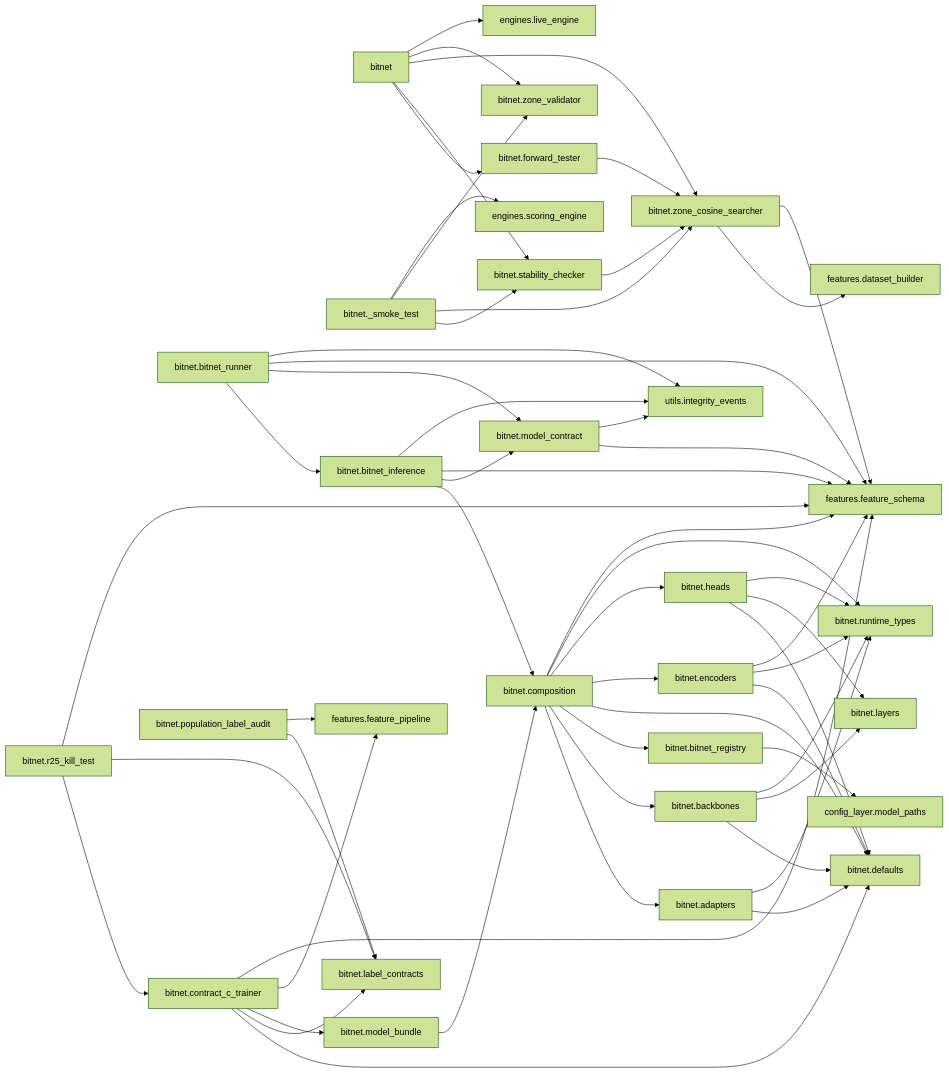
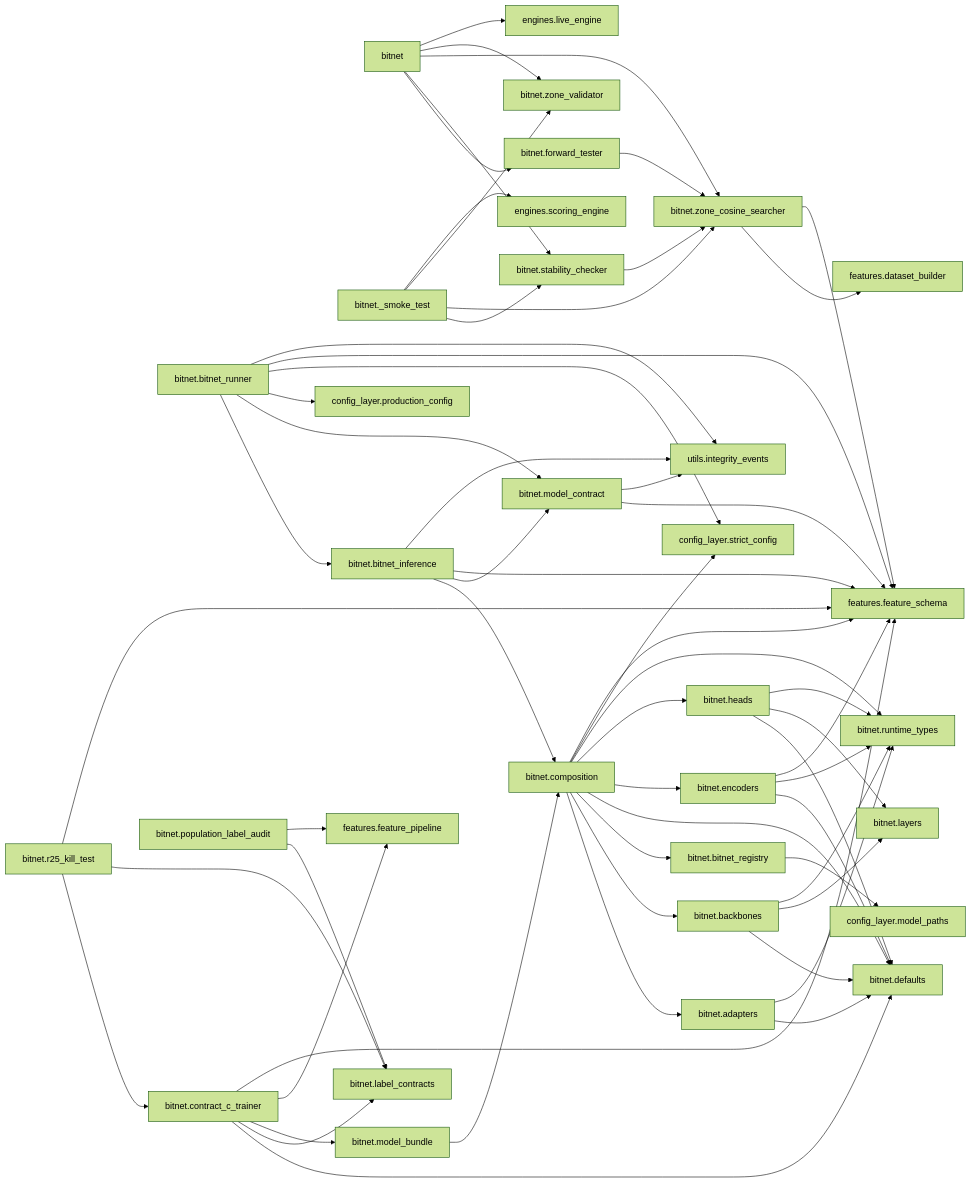
Before and after one commit to Chaithu1995-0312/TradeHlt: the fourth of 41 diagrams in docs/architecture/code-map.generated.md, drawn with Mermaid (forest theme). The commit also changed other lines of this file and 6 other files, not shown here.

```diff
--- a/docs/architecture/code-map.generated.md
+++ b/docs/architecture/code-map.generated.md
@@ -378,6 +395,8 @@
     bitnet_zone_cosine_searcher["bitnet.zone_cosine_searcher"]
     bitnet_zone_validator["bitnet.zone_validator"]
     config_layer_model_paths["config_layer.model_paths"]
+    config_layer_production_config["config_layer.production_config"]
+    config_layer_strict_config["config_layer.strict_config"]
     engines_live_engine["engines.live_engine"]
     engines_scoring_engine["engines.scoring_engine"]
     features_dataset_builder["features.dataset_builder"]
@@ -405,6 +424,8 @@
     bitnet_bitnet_registry --> config_layer_model_paths
     bitnet_bitnet_runner --> bitnet_bitnet_inference
     bitnet_bitnet_runner --> bitnet_model_contract
+    bitnet_bitnet_runner --> config_layer_production_config
+    bitnet_bitnet_runner --> config_layer_strict_config
     bitnet_bitnet_runner --> features_feature_schema
     bitnet_bitnet_runner --> utils_integrity_events
     bitnet_composition --> bitnet_adapters
@@ -414,6 +435,7 @@
     bitnet_composition --> bitnet_encoders
     bitnet_composition --> bitnet_heads
     bitnet_composition --> bitnet_runtime_types
+    bitnet_composition --> config_layer_strict_config
     bitnet_composition --> features_feature_schema
     bitnet_contract_c_trainer --> bitnet_defaults
     bitnet_contract_c_trainer --> bitnet_label_contracts
```
